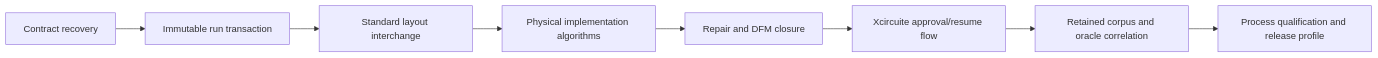
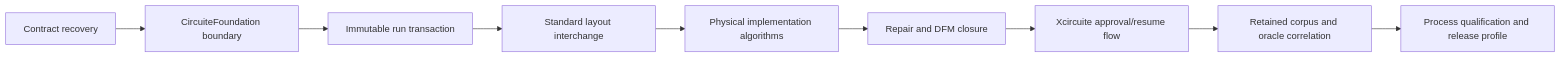
The diagram in MILESTONES.md (1amageek/PhysicalDesignEngine), drawn with Mermaid before and after one commit. The commit also changed other lines of this file and 24 other files, not shown here.

Commit message:
Adopt CircuiteFoundation physical design boundary

````diff
--- a/MILESTONES.md
+++ b/MILESTONES.md
@@ -5,10 +5,11 @@
 ```mermaid
 flowchart LR
-  M0[Contract recovery] --> M1[Immutable run transaction]
+  M0[Contract recovery] --> M05[CircuiteFoundation boundary]
+  M05 --> M1[Immutable run transaction]
   M1 --> M2[Standard layout interchange]
   M2 --> M3[Physical implementation algorithms]
   M3 --> M4[Repair and DFM closure]
   M4 --> M5[Xcircuite approval/resume flow]
   M5 --> M6[Retained corpus and oracle correlation]
   M6 --> M7[Process qualification and release profile]
 ```
````
